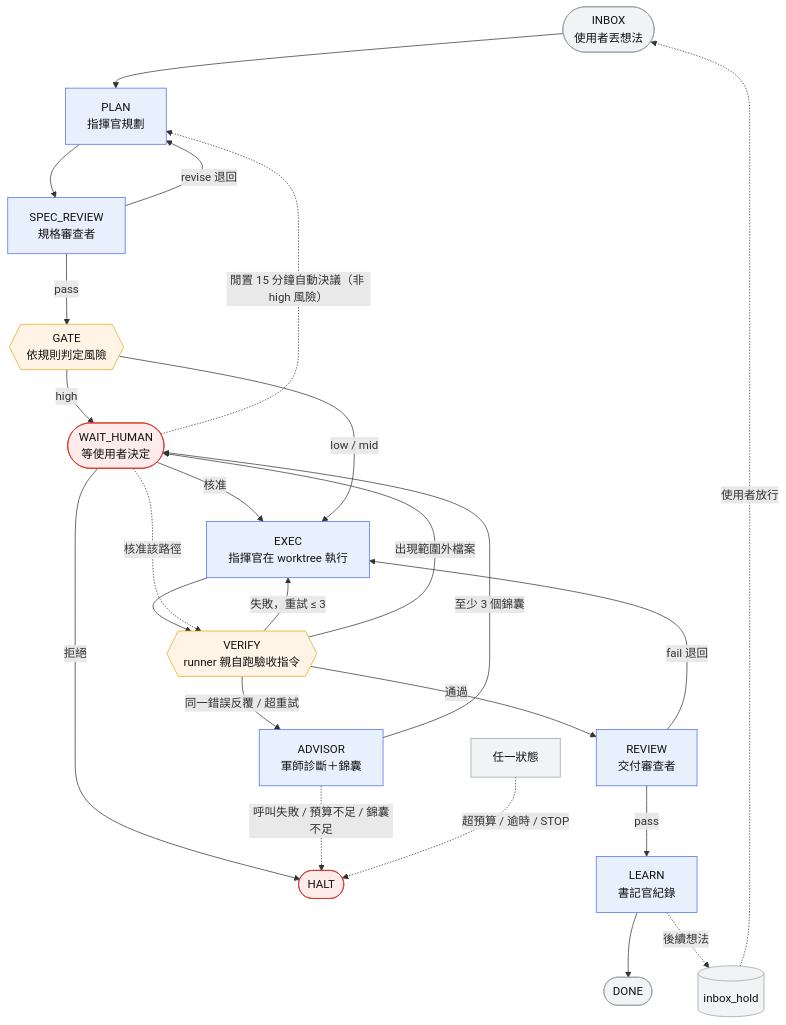
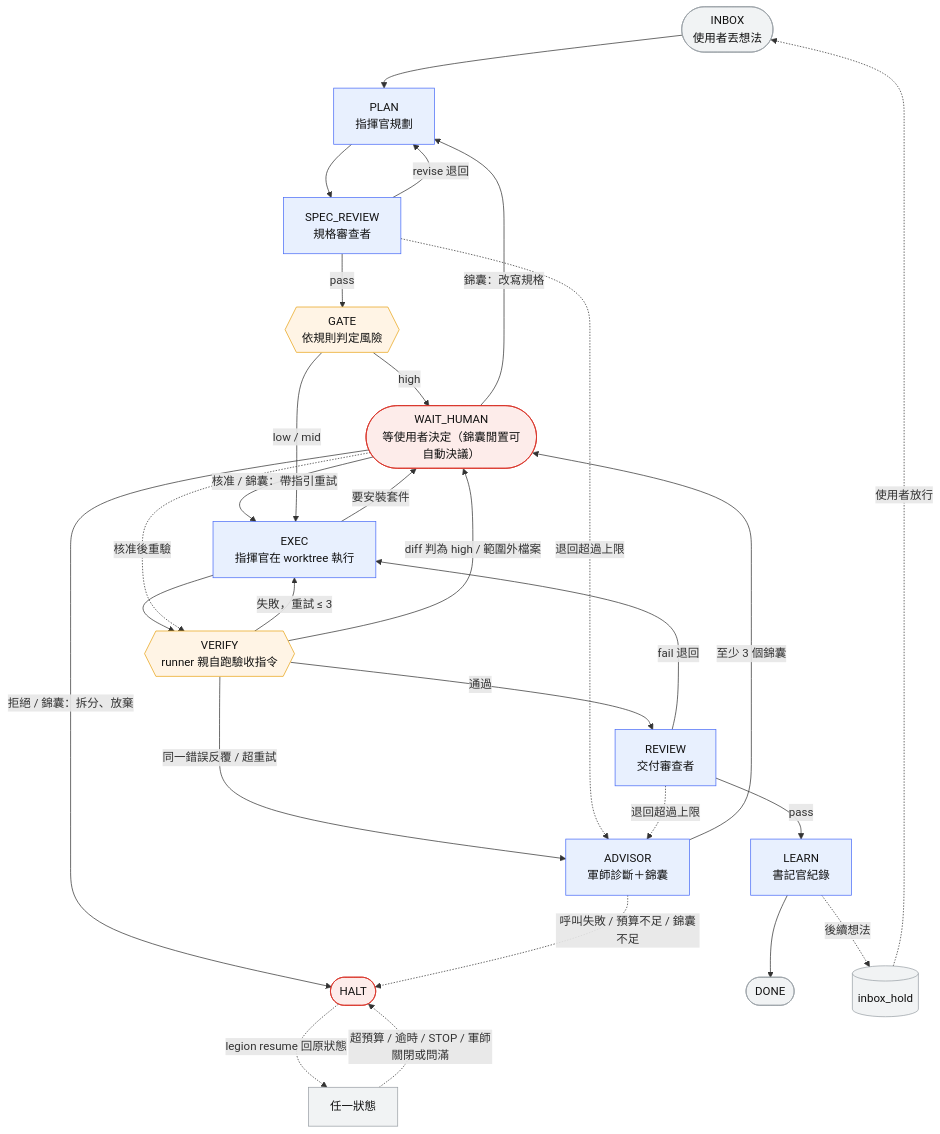
One commit to lederyide-dotcom/agent-legion changed the first of 3 diagrams in README.md. Above: the diagram before and after it, drawn with Mermaid. The commit also changed other lines of this file and 15 other files, not shown here.

First line of the commit message:
流程圖與儀表改為單一來源（Obsidian 與 GitHub 統一）；新增手機文件庫

````diff
--- a/README.md
+++ b/README.md
@@ -11,35 +12,39 @@
 ```mermaid
 flowchart TD
     INBOX([INBOX<br/>使用者丟想法]) --> PLAN[PLAN<br/>指揮官規劃]
     PLAN --> SR[SPEC_REVIEW<br/>規格審查者]
     SR -- revise 退回 --> PLAN
     SR -- pass --> GATE{{GATE<br/>依規則判定風險}}
-    GATE -- high --> WH([WAIT_HUMAN<br/>等使用者決定])
-    WH -- 核准 --> EXEC
-    WH -- 拒絕 --> HALT
-    GATE -- low / mid --> EXEC[EXEC<br/>指揮官在 worktree 執行]
+    GATE -- high --> WH([WAIT_HUMAN<br/>等使用者決定（錦囊閒置可自動決議）])
+    WH -- 核准 / 錦囊：帶指引重試 --> EXEC[EXEC<br/>指揮官在 worktree 執行]
+    WH -- 拒絕 / 錦囊：拆分、放棄 --> HALT([HALT])
+    GATE -- low / mid --> EXEC
     EXEC --> VERIFY{{VERIFY<br/>runner 親自跑驗收指令}}
+    EXEC -- 要安裝套件 --> WH
     VERIFY -- 失敗，重試 ≤ 3 --> EXEC
     VERIFY -- 通過 --> REVIEW[REVIEW<br/>交付審查者]
-    VERIFY -- 出現範圍外檔案 --> WH
-    WH -. 核准該路徑 .-> VERIFY
+    VERIFY -- diff 判為 high / 範圍外檔案 --> WH
+    WH -. 核准後重驗 .-> VERIFY
     REVIEW -- fail 退回 --> EXEC
     REVIEW -- pass --> LEARN[LEARN<br/>書記官紀錄]
     LEARN --> DONE([DONE])
     LEARN -. 後續想法 .-> HOLD[(inbox_hold)]
     HOLD -. 使用者放行 .-> INBOX
     VERIFY -- 同一錯誤反覆 / 超重試 --> ADV[ADVISOR<br/>軍師診斷＋錦囊]
+    SR -. 退回超過上限 .-> ADV
+    REVIEW -. 退回超過上限 .-> ADV
     ADV -- 至少 3 個錦囊 --> WH
     ADV -. 呼叫失敗 / 預算不足 / 錦囊不足 .-> HALT
-    WH -. 閒置 15 分鐘自動決議（非 high 風險） .-> PLAN
-    ANY[任一狀態] -. 超預算 / 逾時 / STOP .-> HALT([HALT])
+    WH -- 錦囊：改寫規格 --> PLAN
+    ANY[任一狀態] -. 超預算 / 逾時 / STOP / 軍師關閉或問滿 .-> HALT
+    HALT -. legion resume 回原狀態 .-> ANY
 
     classDef claude fill:#e8f0fe,stroke:#4a6cf7,color:#111
     classDef runner fill:#fff4e5,stroke:#e8a317,color:#111
     classDef human fill:#fdecea,stroke:#d93025,color:#111
     classDef plain fill:#f1f3f4,stroke:#9aa0a6,color:#111
     class PLAN,SR,EXEC,REVIEW,LEARN,ADV claude
     class GATE,VERIFY runner
     class WH,HALT human
     class INBOX,DONE,HOLD,ANY plain
 ```
````
